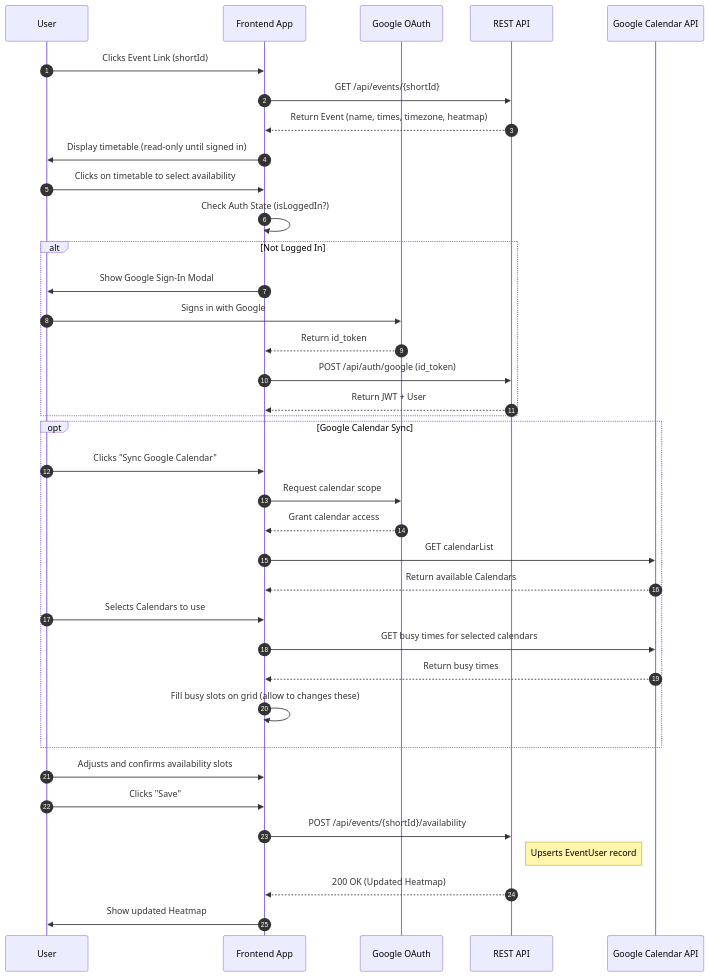
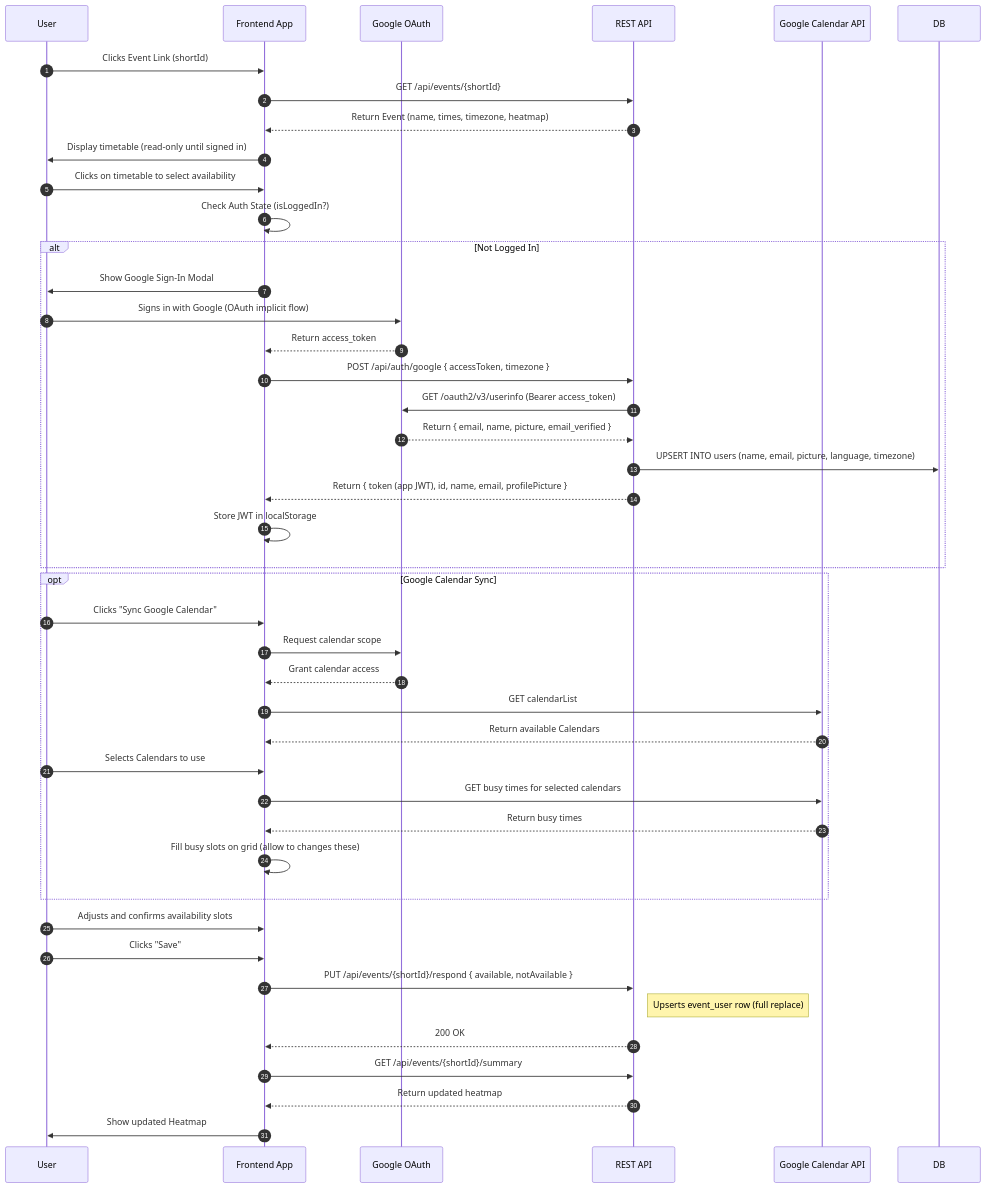
One commit to taltech-vanemarendajaks/team-25-gatherr changed the second of 3 diagrams in SoW.md. Above: the diagram before and after it, drawn with Mermaid. The commit also changed other lines of this file and 6 other files, not shown here.

````diff
--- a/SoW.md
+++ b/SoW.md
@@ -280,45 +283,51 @@
 ```mermaid
 sequenceDiagram
 autonumber
 
 participant U  as User
 participant FE as Frontend App
 participant G  as Google OAuth
 participant BE as REST API
 participant GC as Google Calendar API
 
 U->>FE: Clicks Event Link (shortId)
 FE->>BE: GET /api/events/{shortId}
 BE-->>FE: Return Event (name, times, timezone, heatmap)
 FE->>U: Display timetable (read-only until signed in)
 
 U->>FE: Clicks on timetable to select availability
 FE->>FE: Check Auth State (isLoggedIn?)
 
 alt Not Logged In
     FE->>U: Show Google Sign-In Modal
-    U->>G: Signs in with Google
-    G-->>FE: Return id_token
-    FE->>BE: POST /api/auth/google (id_token)
-    BE-->>FE: Return JWT + User
+    U->>G: Signs in with Google (OAuth implicit flow)
+    G-->>FE: Return access_token
+    FE->>BE: POST /api/auth/google { accessToken, timezone }
+    BE->>G: GET /oauth2/v3/userinfo (Bearer access_token)
+    G-->>BE: Return { email, name, picture, email_verified }
+    BE->>DB: UPSERT INTO users (name, email, picture, language, timezone)
+    BE-->>FE: Return { token (app JWT), id, name, email, profilePicture }
+    FE->>FE: Store JWT in localStorage
 end
 
 opt Google Calendar Sync
     U->>FE: Clicks "Sync Google Calendar"
     FE->>G: Request calendar scope
     G-->>FE: Grant calendar access
     FE->>GC: GET calendarList
     GC-->>FE: Return available Calendars
     U->>FE: Selects Calendars to use
     FE->>GC: GET busy times for selected calendars
     GC-->>FE: Return busy times
     FE->>FE: Fill busy slots on grid (allow to changes these)
 end
 
 U->>FE: Adjusts and confirms availability slots
 U->>FE: Clicks "Save"
-FE->>BE: POST /api/events/{shortId}/availability
-Note right of BE: Upserts EventUser record
-BE-->>FE: 200 OK (Updated Heatmap)
+FE->>BE: PUT /api/events/{shortId}/respond { available, notAvailable }
+Note right of BE: Upserts event_user row (full replace)
+BE-->>FE: 200 OK
+FE->>BE: GET /api/events/{shortId}/summary
+BE-->>FE: Return updated heatmap
 FE->>U: Show updated Heatmap
 ```
````
